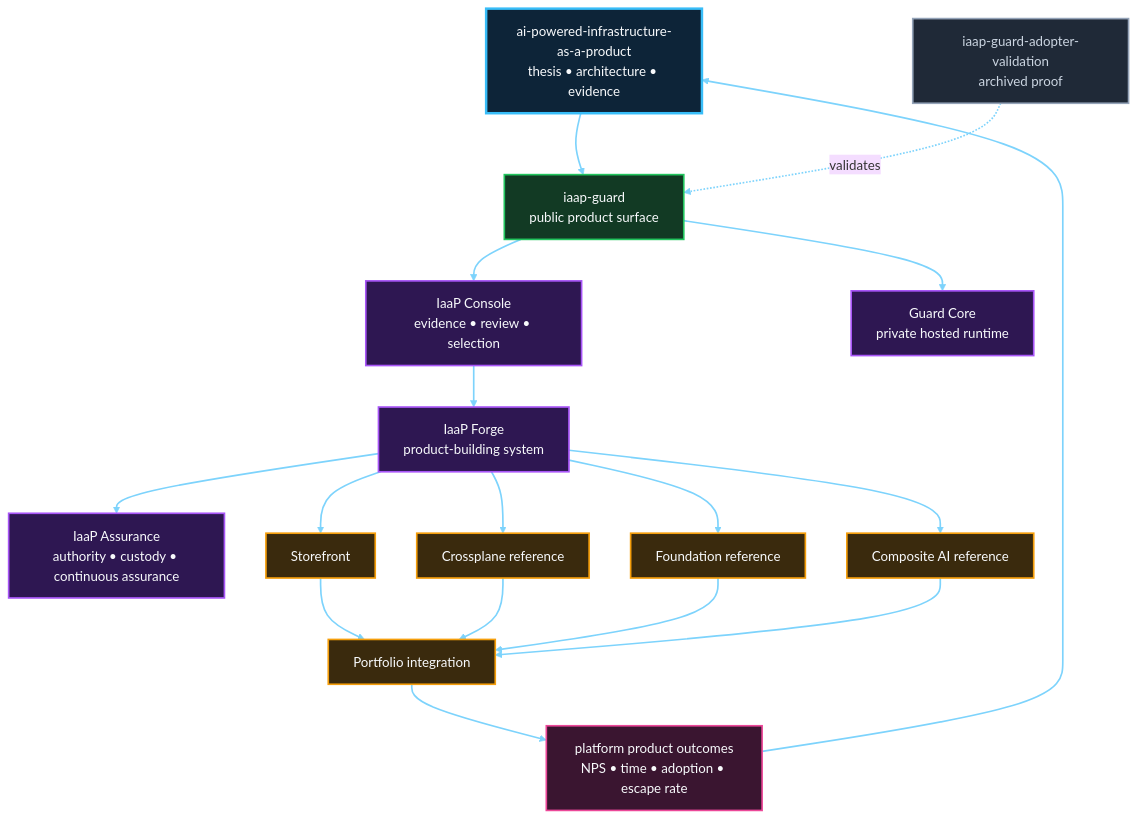
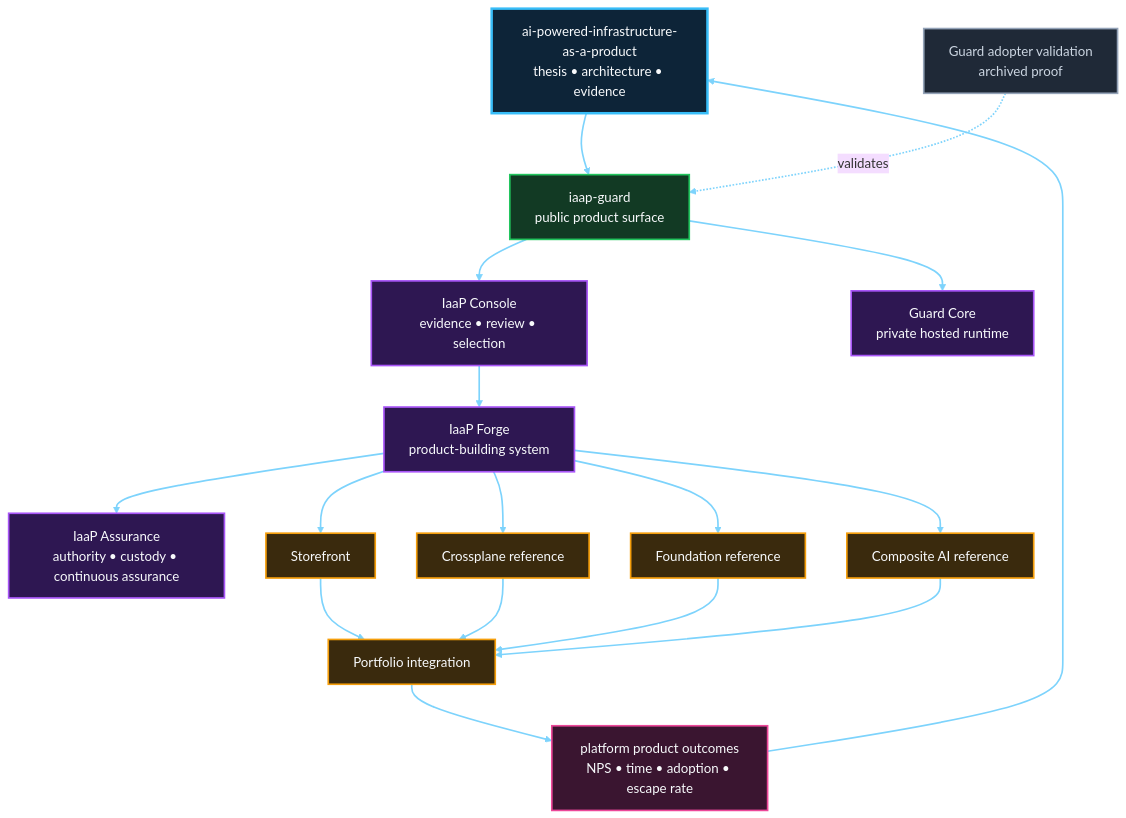
The first of 2 diagrams in docs/poc-portfolio.md (InfrastructureProductWorks/ai-powered-infrastructure-as-a-product), drawn with Mermaid (base theme) before and after one commit. The commit also changed other lines of this file and 3 other files, not shown here.

````diff
--- a/docs/poc-portfolio.md
+++ b/docs/poc-portfolio.md
@@ -7,49 +7,49 @@
 ```mermaid
 flowchart TB
   HUB["ai-powered-infrastructure-as-a-product<br/>thesis • architecture • evidence"]
   GUARD["iaap-guard<br/>public product surface"]
   CONSOLE["IaaP Console<br/>evidence • review • selection"]
   ASSURANCE["IaaP Assurance<br/>authority • custody • continuous assurance"]
   CORE["Guard Core<br/>private hosted runtime"]
   FORGE["IaaP Forge<br/>product-building system"]
   STORE["Storefront"]
   SEED["Crossplane reference"]
   PRODUCT["Foundation reference"]
   AI["Composite AI reference"]
   INT["Portfolio integration"]
-  ADOPTER["iaap-guard-adopter-validation<br/>archived proof"]
+  ADOPTER["Guard adopter validation<br/>archived proof"]
   OUT["platform product outcomes<br/>NPS • time • adoption • escape rate"]
 
   HUB --> GUARD
   GUARD --> CORE
   GUARD --> CONSOLE
   CONSOLE --> FORGE
   FORGE --> ASSURANCE
   FORGE --> STORE
   FORGE --> SEED
   FORGE --> PRODUCT
   FORGE --> AI
   STORE --> INT
   SEED --> INT
   PRODUCT --> INT
   AI --> INT
   ADOPTER -. validates .-> GUARD
   INT --> OUT
   OUT --> HUB
 
   classDef front fill:#0D2438,stroke:#38BDF8,stroke-width:3px,color:#F8FAFC
   classDef public fill:#123A24,stroke:#22C55E,stroke-width:2px,color:#F8FAFC
   classDef private fill:#2E1752,stroke:#A855F7,stroke-width:2px,color:#F8FAFC
   classDef internal fill:#102D55,stroke:#3B82F6,stroke-width:2px,color:#F8FAFC
   classDef poc fill:#3A2A0D,stroke:#F59E0B,stroke-width:2px,color:#F8FAFC
   classDef archived fill:#1F2937,stroke:#94A3B8,stroke-width:2px,color:#CBD5E1
   classDef outcome fill:#3A1530,stroke:#EC4899,stroke-width:2px,color:#F8FAFC
 
   class HUB front
   class GUARD public
   class CORE,CONSOLE,FORGE,ASSURANCE private
   class STORE,SEED,PRODUCT,AI,INT poc
   class ADOPTER archived
   class OUT outcome
   linkStyle default stroke:#7DD3FC,stroke-width:2px
 ```
````
